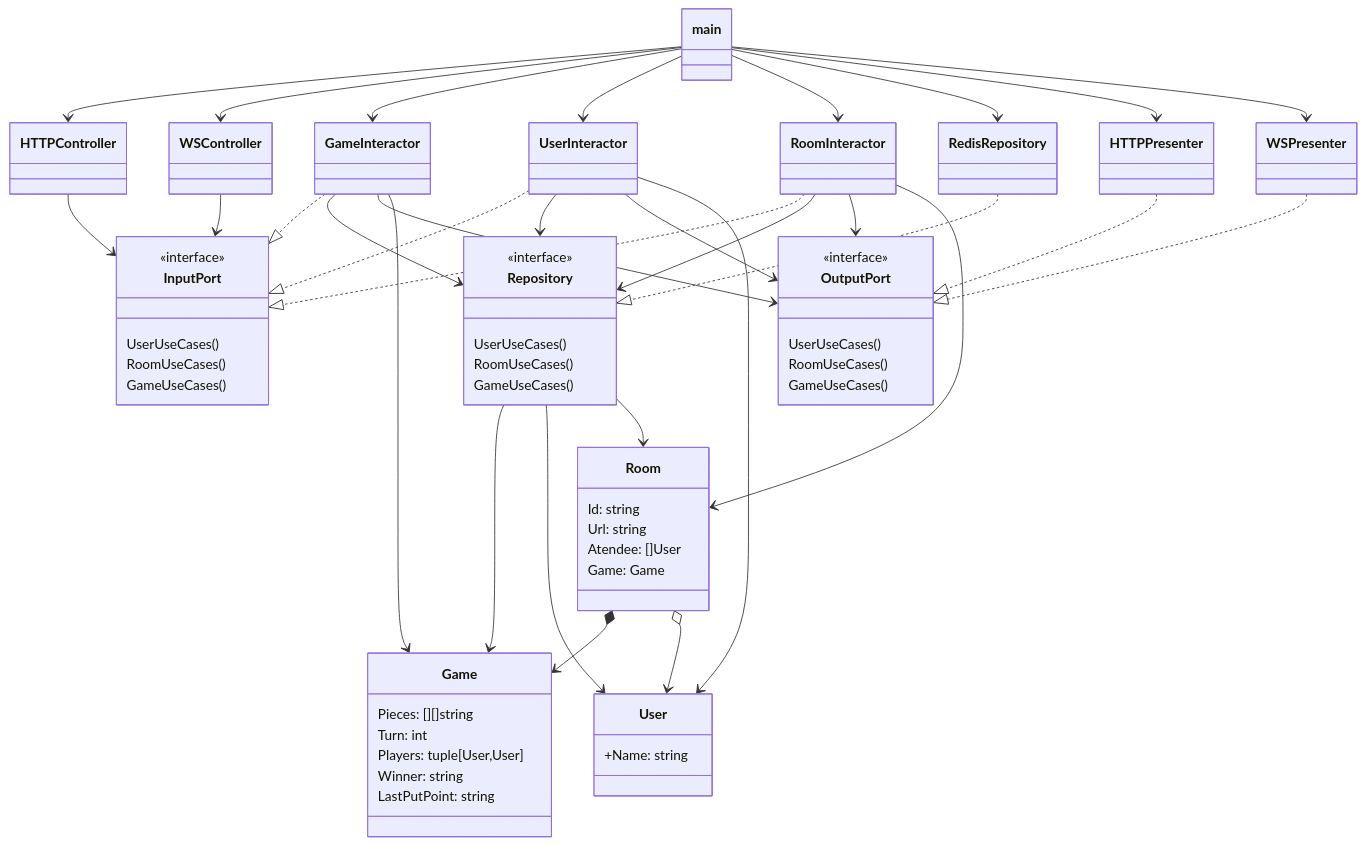
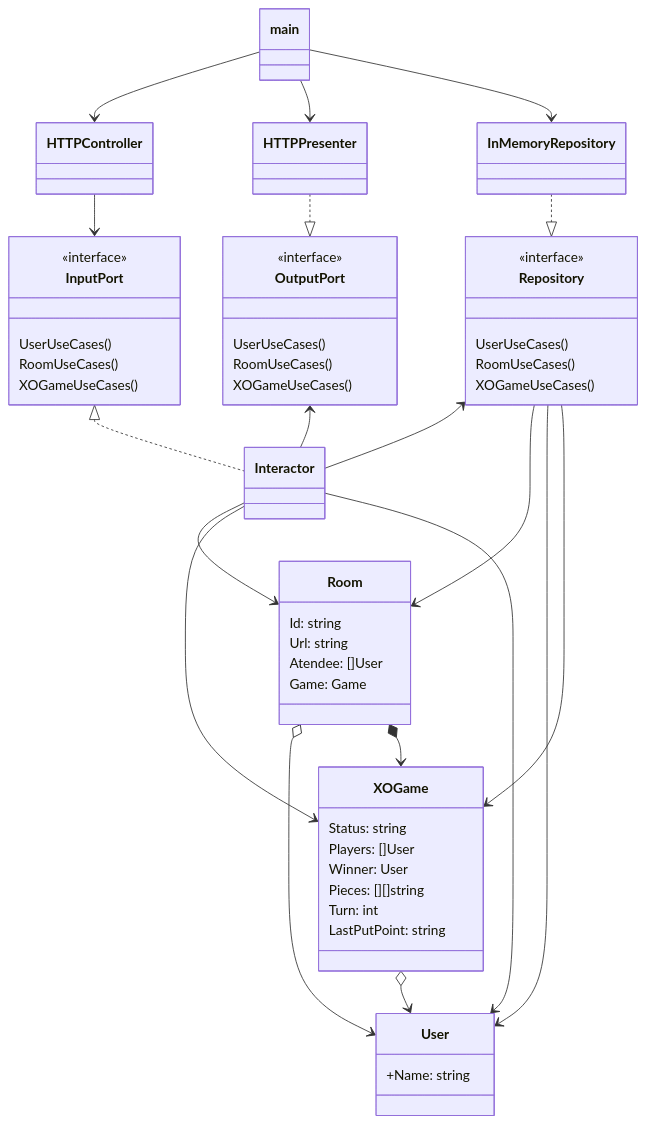
The diagram in README.md (inahym196/go-gameroom), drawn with Mermaid before and after one commit.

Commit message:
update-readme

````diff
--- a/README.md
+++ b/README.md
@@ -5,44 +5,30 @@
 classDiagram
 
 main --> HTTPController
-main --> WSController
-main --> GameInteractor
-main --> UserInteractor
-main --> RoomInteractor
-main --> RedisRepository
 main --> HTTPPresenter
-main --> WSPresenter
+main --> InMemoryRepository
 
 HTTPController --> InputPort
-WSController --> InputPort
+HTTPPresenter ..|> OutputPort
+InMemoryRepository ..|> Repository
 
-GameInteractor ..|> InputPort
-UserInteractor ..|> InputPort
-RoomInteractor ..|> InputPort
+OutputPort <-- Interactor  
 
-GameInteractor --> Repository
-UserInteractor --> Repository
-RoomInteractor --> Repository
+InputPort <|.. Interactor
 
-GameInteractor --> OutputPort
-UserInteractor --> OutputPort
-RoomInteractor --> OutputPort
+Repository <-- Interactor
 
-GameInteractor --> Game
-UserInteractor --> User
-RoomInteractor --> Room
+Interactor --> Room
+Interactor --> XOGame
+Interactor --> User
 
-Repository --> Game
+Room o--> User
+Room *--> XOGame
+Repository --> Room
 Repository --> User
-Repository --> Room
+Repository --> XOGame
 
-HTTPPresenter ..|> OutputPort
-WSPresenter ..|> OutputPort
-
-RedisRepository ..|> Repository
-
-Room *--> Game
-Room o--> User
+XOGame o--> User
 
 class User{
     +Name: string
@@ -55,11 +41,12 @@
     Game: Game
 }
 
-class Game{
+class XOGame{
+    Status: string
+    Players: []User
+    Winner: User
     Pieces: [][]string
     Turn: int
-    Players: tuple[User,User]
-    Winner: string
     LastPutPoint: string
 }
 
@@ -67,20 +54,21 @@
     <<interface>>
     UserUseCases()
     RoomUseCases()
-    GameUseCases()
+    XOGameUseCases()
 }
 
 class InputPort{
     <<interface>>
     UserUseCases()
     RoomUseCases()
-    GameUseCases()
+    XOGameUseCases()
 }
 
 class OutputPort{
     <<interface>>
     UserUseCases()
     RoomUseCases()
-    GameUseCases()
+    XOGameUseCases()
 }
+
 ```
````
